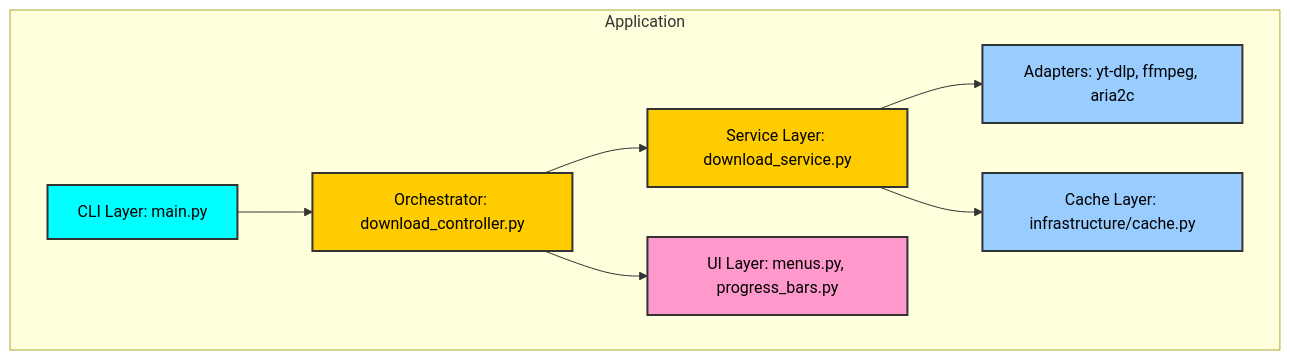
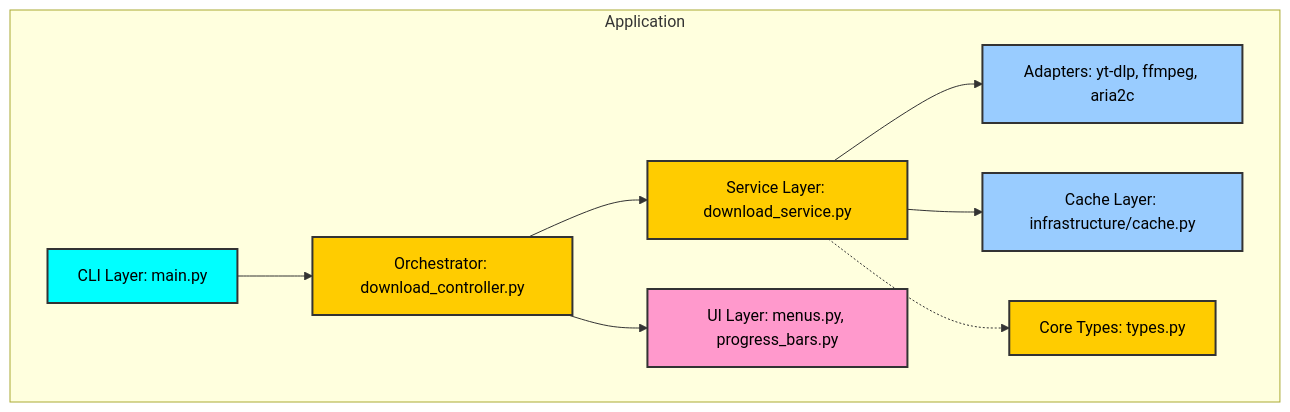
The diagram in docs/structure.mmd (FJ-cyberzilla/Vid-Dl), drawn with Mermaid before and after one commit. The commit also changed 1 other file, not shown here.

Commit message:
docs: finalize documentation with types.py and security policy

```diff
--- a/docs/structure.mmd
+++ b/docs/structure.mmd
@@ -1,21 +1,23 @@
 graph TD
     %% Define Styles
     classDef cli fill:#00ffff,stroke:#333,stroke-width:2px,color:#000;
     classDef core fill:#ffcc00,stroke:#333,stroke-width:2px,color:#000;
     classDef inf fill:#99ccff,stroke:#333,stroke-width:2px,color:#000;
     classDef ui fill:#ff99cc,stroke:#333,stroke-width:2px,color:#000;
 
     subgraph "Application"
         CLI[CLI Layer: main.py]:::cli
         ORCH[Orchestrator: download_controller.py]:::core
         SVC[Service Layer: download_service.py]:::core
+        TYPES[Core Types: types.py]:::core
         ADPT[Adapters: yt-dlp, ffmpeg, aria2c]:::inf
         CACHE[Cache Layer: infrastructure/cache.py]:::inf
         UI[UI Layer: menus.py, progress_bars.py]:::ui
     end
 
     CLI --> ORCH
     ORCH --> SVC
     SVC --> ADPT
     SVC --> CACHE
     ORCH --> UI
+    SVC -.-> TYPES
```
